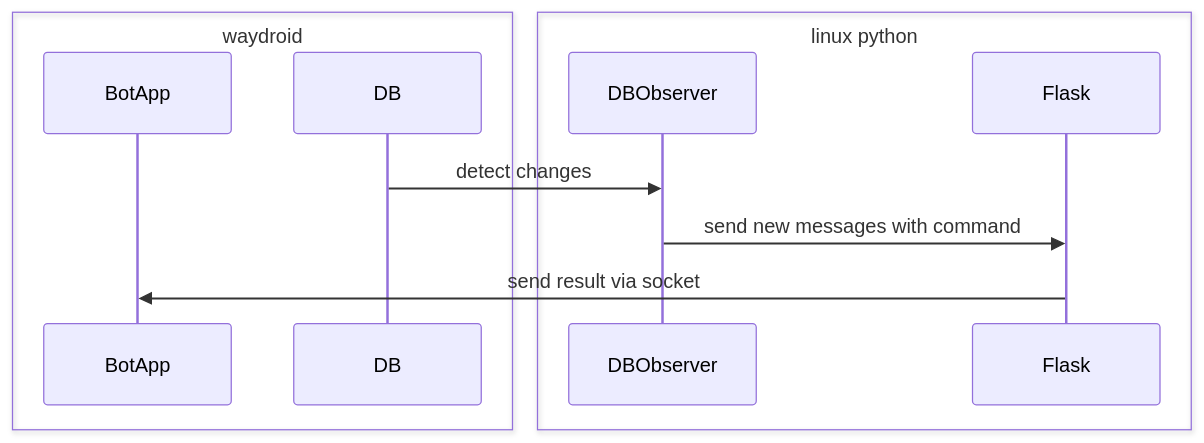
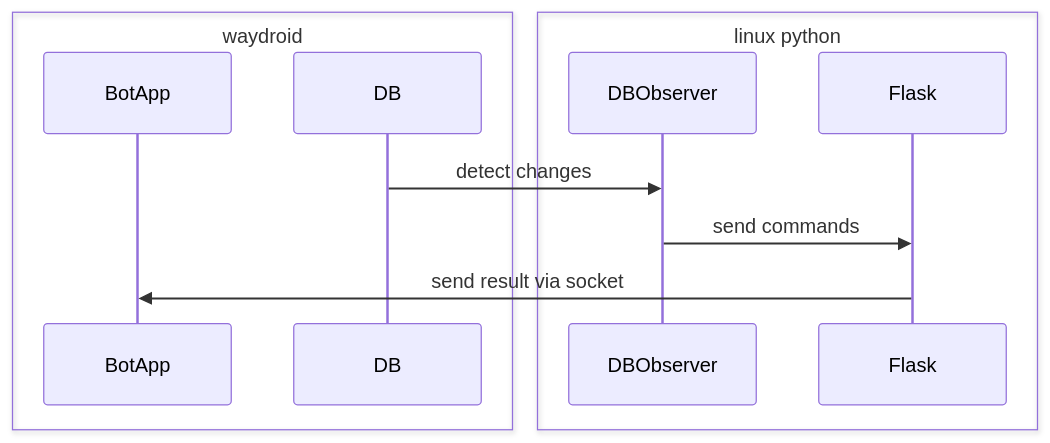
One commit to dolidolih/PyKakaoDBBot changed the diagram in README.md. Above: the diagram before and after it, drawn with Mermaid.

````diff
--- a/README.md
+++ b/README.md
@@ -78,14 +78,14 @@
 ```mermaid
 sequenceDiagram
     box waydroid
     participant BotApp
     participant DB
     end
     box linux python
     participant DBObserver
     participant Flask
     end
     DB->>DBObserver: detect changes
-    DBObserver->>Flask: send new messages with command
+    DBObserver->>Flask: send commands
     Flask->>BotApp:send result via socket
 ```
````
